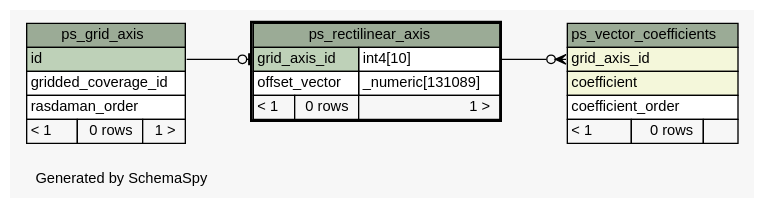
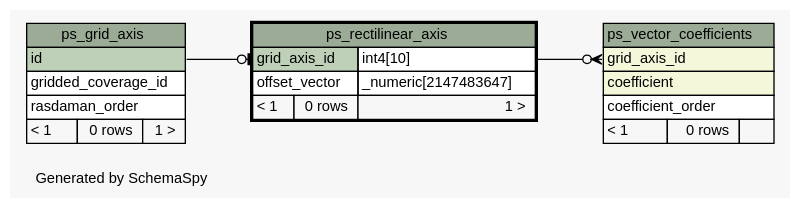
One commit to kalxas/rasdaman changed the diagram in manuals_and_examples/manuals/doc-petascope/dbschema/schema/diagrams/ps_rectilinear_axis.1degree.dot. Above: the diagram before and after it, drawn with Graphviz. The commit also changed 85 other files, not shown here.

Commit message:
ticket:573 - Update SchemaSpy graphical database schema of petascopedb to include new table for NILs.

```diff
--- a/manuals_and_examples/manuals/doc-petascope/dbschema/schema/diagrams/ps_rectilinear_axis.1degree.dot
+++ b/manuals_and_examples/manuals/doc-petascope/dbschema/schema/diagrams/ps_rectilinear_axis.1degree.dot
@@ -1,59 +1,59 @@
 // dot 2.26.3 on Linux 3.2.0-58-generic
 // SchemaSpy rev 590
 digraph "oneDegreeRelationshipsDiagram" {
   graph [
     rankdir="RL"
     bgcolor="#f7f7f7"
     label="\nGenerated by SchemaSpy"
     labeljust="l"
     nodesep="0.18"
     ranksep="0.46"
     fontname="Helvetica"
     fontsize="11"
   ];
   node [
     fontname="Helvetica"
     fontsize="11"
     shape="plaintext"
   ];
   edge [
     arrowsize="0.8"
   ];
   "ps_rectilinear_axis":"grid_axis_id":w -> "ps_grid_axis":"id":e [arrowhead=none dir=back arrowtail=teeodot];
   "ps_vector_coefficients":"grid_axis_id":w -> "ps_rectilinear_axis":"grid_axis_id.type":e [arrowhead=none dir=back arrowtail=crowodot];
   "ps_grid_axis" [
     label=<
     <TABLE BORDER="0" CELLBORDER="1" CELLSPACING="0" BGCOLOR="#ffffff">
       <TR><TD COLSPAN="3" BGCOLOR="#9bab96" ALIGN="CENTER">ps_grid_axis</TD></TR>
       <TR><TD PORT="id" COLSPAN="3" BGCOLOR="#bed1b8" ALIGN="LEFT">id</TD></TR>
       <TR><TD PORT="gridded_coverage_id" COLSPAN="3" ALIGN="LEFT">gridded_coverage_id</TD></TR>
       <TR><TD PORT="rasdaman_order" COLSPAN="3" ALIGN="LEFT">rasdaman_order</TD></TR>
       <TR><TD ALIGN="LEFT" BGCOLOR="#f7f7f7">&lt; 1</TD><TD ALIGN="RIGHT" BGCOLOR="#f7f7f7">0 rows</TD><TD ALIGN="RIGHT" BGCOLOR="#f7f7f7">1 &gt;</TD></TR>
     </TABLE>>
     URL="ps_grid_axis.html"
     tooltip="ps_grid_axis"
   ];
   "ps_rectilinear_axis" [
     label=<
     <TABLE BORDER="2" CELLBORDER="1" CELLSPACING="0" BGCOLOR="#ffffff">
       <TR><TD COLSPAN="3" BGCOLOR="#9bab96" ALIGN="CENTER">ps_rectilinear_axis</TD></TR>
       <TR><TD PORT="grid_axis_id" COLSPAN="2" BGCOLOR="#bed1b8" ALIGN="LEFT">grid_axis_id</TD><TD PORT="grid_axis_id.type" ALIGN="LEFT">int4[10]</TD></TR>
-      <TR><TD PORT="offset_vector" COLSPAN="2" ALIGN="LEFT">offset_vector</TD><TD PORT="offset_vector.type" ALIGN="LEFT">_numeric[131089]</TD></TR>
+      <TR><TD PORT="offset_vector" COLSPAN="2" ALIGN="LEFT">offset_vector</TD><TD PORT="offset_vector.type" ALIGN="LEFT">_numeric[2147483647]</TD></TR>
       <TR><TD ALIGN="LEFT" BGCOLOR="#f7f7f7">&lt; 1</TD><TD ALIGN="RIGHT" BGCOLOR="#f7f7f7">0 rows</TD><TD ALIGN="RIGHT" BGCOLOR="#f7f7f7">1 &gt;</TD></TR>
     </TABLE>>
     URL="ps_rectilinear_axis.html"
     tooltip="ps_rectilinear_axis"
   ];
   "ps_vector_coefficients" [
     label=<
     <TABLE BORDER="0" CELLBORDER="1" CELLSPACING="0" BGCOLOR="#ffffff">
       <TR><TD COLSPAN="3" BGCOLOR="#9bab96" ALIGN="CENTER">ps_vector_coefficients</TD></TR>
       <TR><TD PORT="grid_axis_id" COLSPAN="3" BGCOLOR="#f4f7da" ALIGN="LEFT">grid_axis_id</TD></TR>
       <TR><TD PORT="coefficient" COLSPAN="3" BGCOLOR="#f4f7da" ALIGN="LEFT">coefficient</TD></TR>
       <TR><TD PORT="coefficient_order" COLSPAN="3" ALIGN="LEFT">coefficient_order</TD></TR>
       <TR><TD ALIGN="LEFT" BGCOLOR="#f7f7f7">&lt; 1</TD><TD ALIGN="RIGHT" BGCOLOR="#f7f7f7">0 rows</TD><TD ALIGN="RIGHT" BGCOLOR="#f7f7f7">  </TD></TR>
     </TABLE>>
     URL="ps_vector_coefficients.html"
     tooltip="ps_vector_coefficients"
   ];
 }
```
